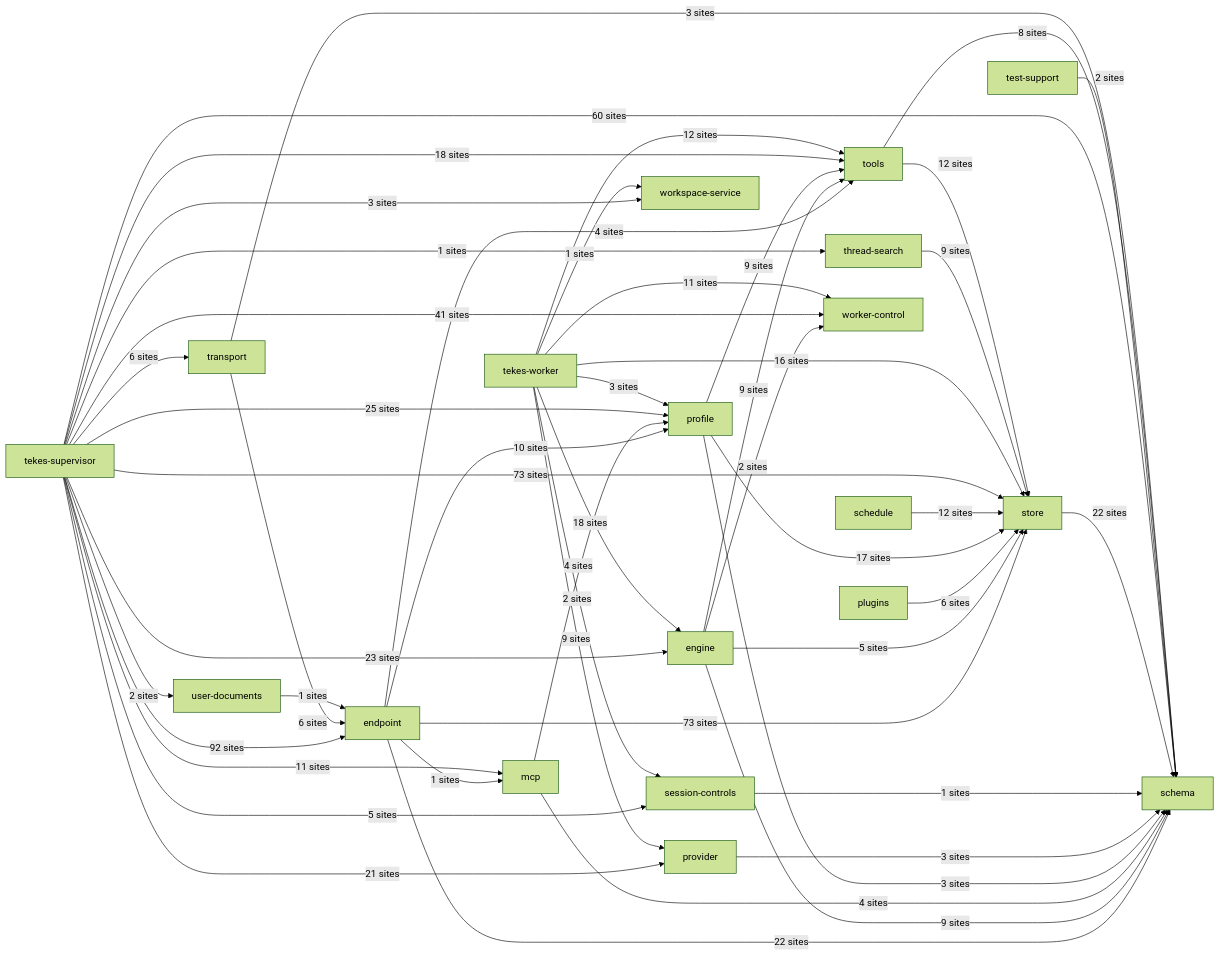
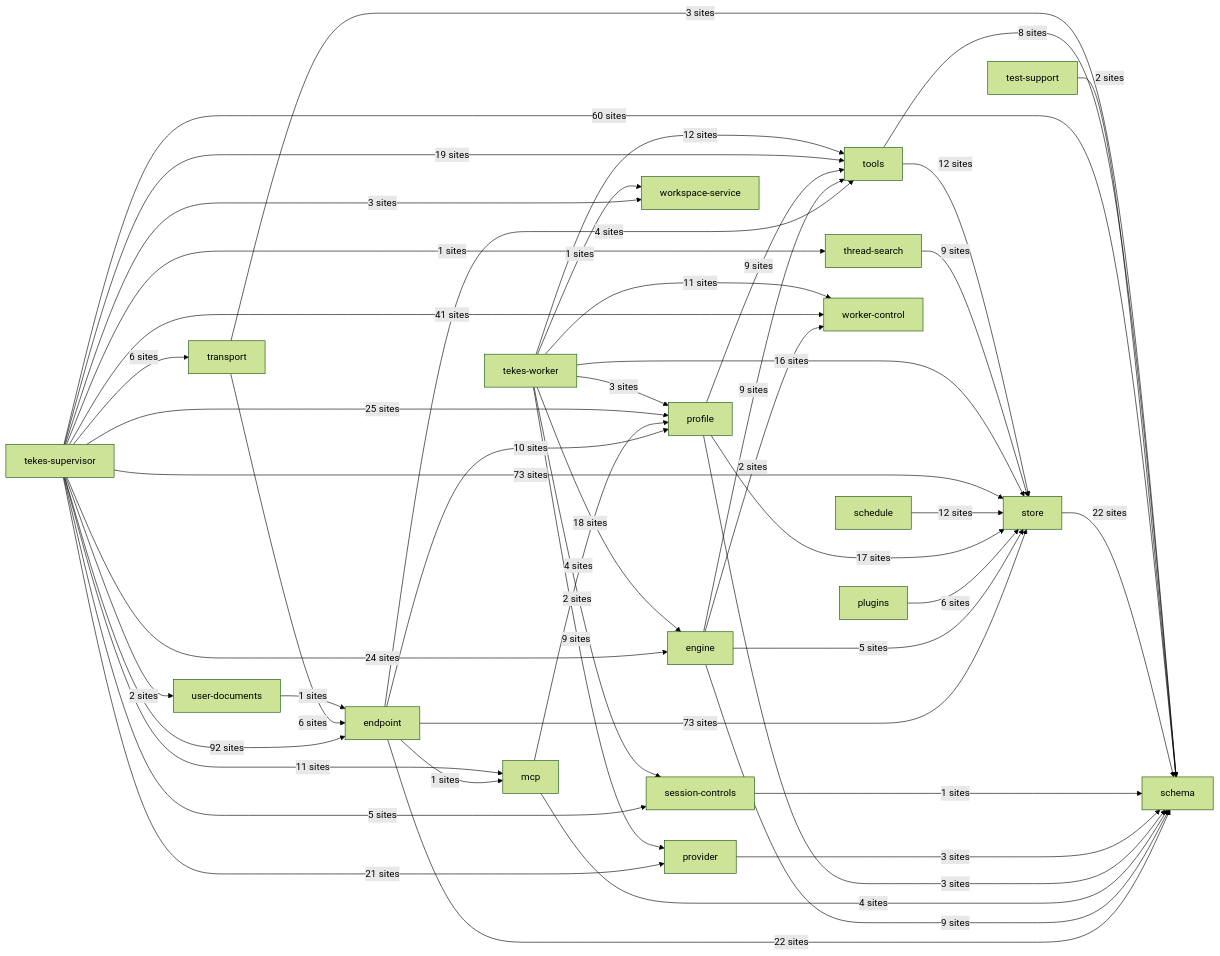
Before and after one commit to TekesApps/TekesKernel: the second of 2 diagrams in docs/architecture/generated/index.md, drawn with Mermaid (forest theme). The commit also changed other lines of this file and 55 other files, not shown here.

````diff
--- a/docs/architecture/generated/index.md
+++ b/docs/architecture/generated/index.md
@@ -149,70 +149,70 @@
 ```mermaid
 flowchart LR
   p1["endpoint"]
   p2["engine"]
   p4["mcp"]
   p5["plugins"]
   p6["profile"]
   p7["provider"]
   p8["schedule"]
   p9["schema"]
   p10["session-controls"]
   p11["store"]
   p12["tekes-supervisor"]
   p13["tekes-worker"]
   p14["test-support"]
   p15["thread-search"]
   p16["tools"]
   p17["transport"]
   p18["user-documents"]
   p19["worker-control"]
   p20["workspace-service"]
   p1 -->|"1 sites"| p4
   p1 -->|"10 sites"| p6
   p1 -->|"22 sites"| p9
   p1 -->|"73 sites"| p11
   p1 -->|"4 sites"| p16
   p2 -->|"9 sites"| p9
   p2 -->|"5 sites"| p11
   p2 -->|"9 sites"| p16
   p2 -->|"2 sites"| p19
   p4 -->|"4 sites"| p6
   p4 -->|"4 sites"| p9
   p5 -->|"6 sites"| p11
   p6 -->|"3 sites"| p9
   p6 -->|"17 sites"| p11
   p6 -->|"9 sites"| p16
   p7 -->|"3 sites"| p9
   p8 -->|"12 sites"| p11
   p10 -->|"1 sites"| p9
   p11 -->|"22 sites"| p9
   p12 -->|"92 sites"| p1
-  p12 -->|"23 sites"| p2
+  p12 -->|"24 sites"| p2
   p12 -->|"11 sites"| p4
   p12 -->|"25 sites"| p6
   p12 -->|"21 sites"| p7
   p12 -->|"60 sites"| p9
   p12 -->|"5 sites"| p10
   p12 -->|"73 sites"| p11
   p12 -->|"1 sites"| p15
-  p12 -->|"18 sites"| p16
+  p12 -->|"19 sites"| p16
   p12 -->|"6 sites"| p17
   p12 -->|"2 sites"| p18
   p12 -->|"41 sites"| p19
   p12 -->|"3 sites"| p20
   p13 -->|"18 sites"| p2
   p13 -->|"3 sites"| p6
   p13 -->|"9 sites"| p7
   p13 -->|"2 sites"| p10
   p13 -->|"16 sites"| p11
   p13 -->|"12 sites"| p16
   p13 -->|"11 sites"| p19
   p13 -->|"1 sites"| p20
   p14 -->|"2 sites"| p9
   p15 -->|"9 sites"| p11
   p16 -->|"8 sites"| p9
   p16 -->|"12 sites"| p11
   p17 -->|"6 sites"| p1
   p17 -->|"3 sites"| p9
   p18 -->|"1 sites"| p1
 ```
````
